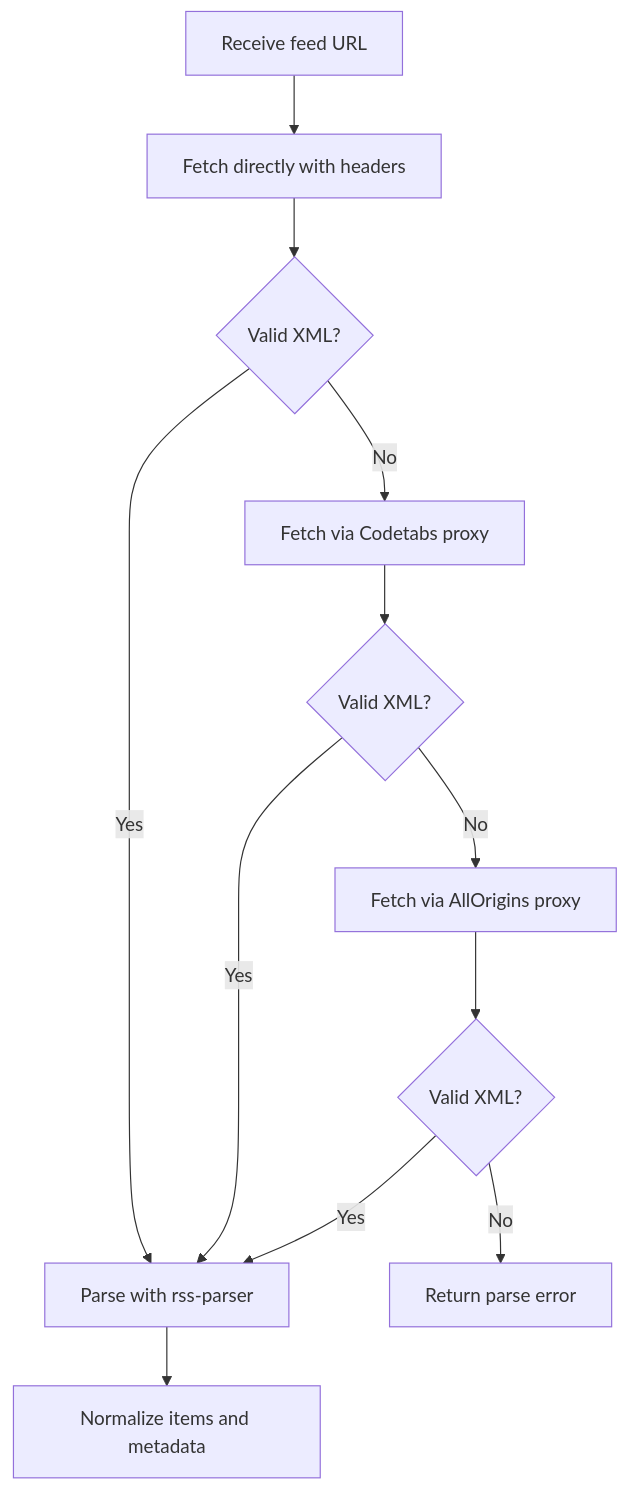
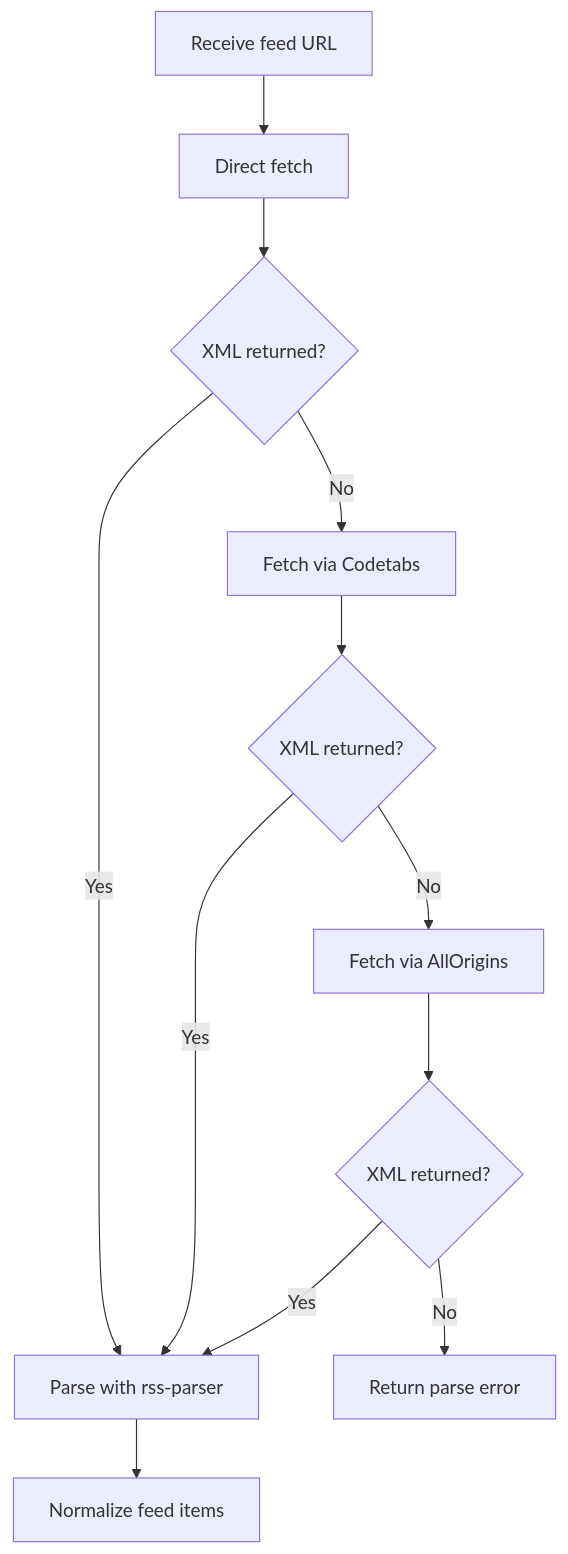
One commit to SupratikRulz/rss-studio changed the second of 2 diagrams in README.md. Above: the diagram before and after it, drawn with Mermaid. The commit also changed other lines of this file and 2 other files, not shown here.

Commit message:
Update readme and architecture file

````diff
--- a/README.md
+++ b/README.md
@@ -154,14 +159,14 @@
 ```mermaid
 flowchart TD
-  receive[Receive feed URL] --> direct[Fetch directly with headers]
-  direct --> directValid{Valid XML?}
-  directValid -->|Yes| parse[Parse with rss-parser]
-  directValid -->|No| codetabs[Fetch via Codetabs proxy]
-  codetabs --> codetabsValid{Valid XML?}
-  codetabsValid -->|Yes| parse
-  codetabsValid -->|No| allOrigins[Fetch via AllOrigins proxy]
-  allOrigins --> allOriginsValid{Valid XML?}
-  allOriginsValid -->|Yes| parse
-  allOriginsValid -->|No| parseError[Return parse error]
-  parse --> normalize[Normalize items and metadata]
+  input[Receive feed URL] --> direct[Direct fetch]
+  direct --> directOk{XML returned?}
+  directOk -->|Yes| parse[Parse with rss-parser]
+  directOk -->|No| codetabs[Fetch via Codetabs]
+  codetabs --> codetabsOk{XML returned?}
+  codetabsOk -->|Yes| parse
+  codetabsOk -->|No| allOrigins[Fetch via AllOrigins]
+  allOrigins --> allOriginsOk{XML returned?}
+  allOriginsOk -->|Yes| parse
+  allOriginsOk -->|No| fail[Return parse error]
+  parse --> normalize[Normalize feed items]
 ```
````
